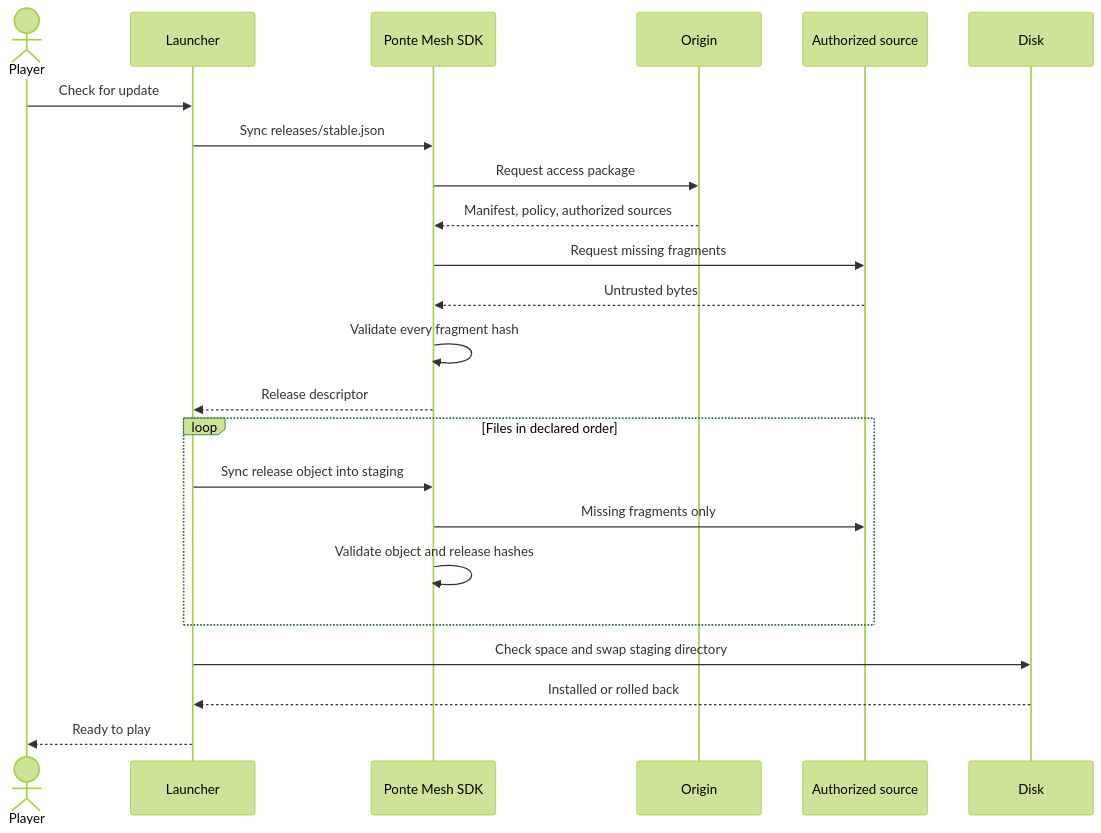
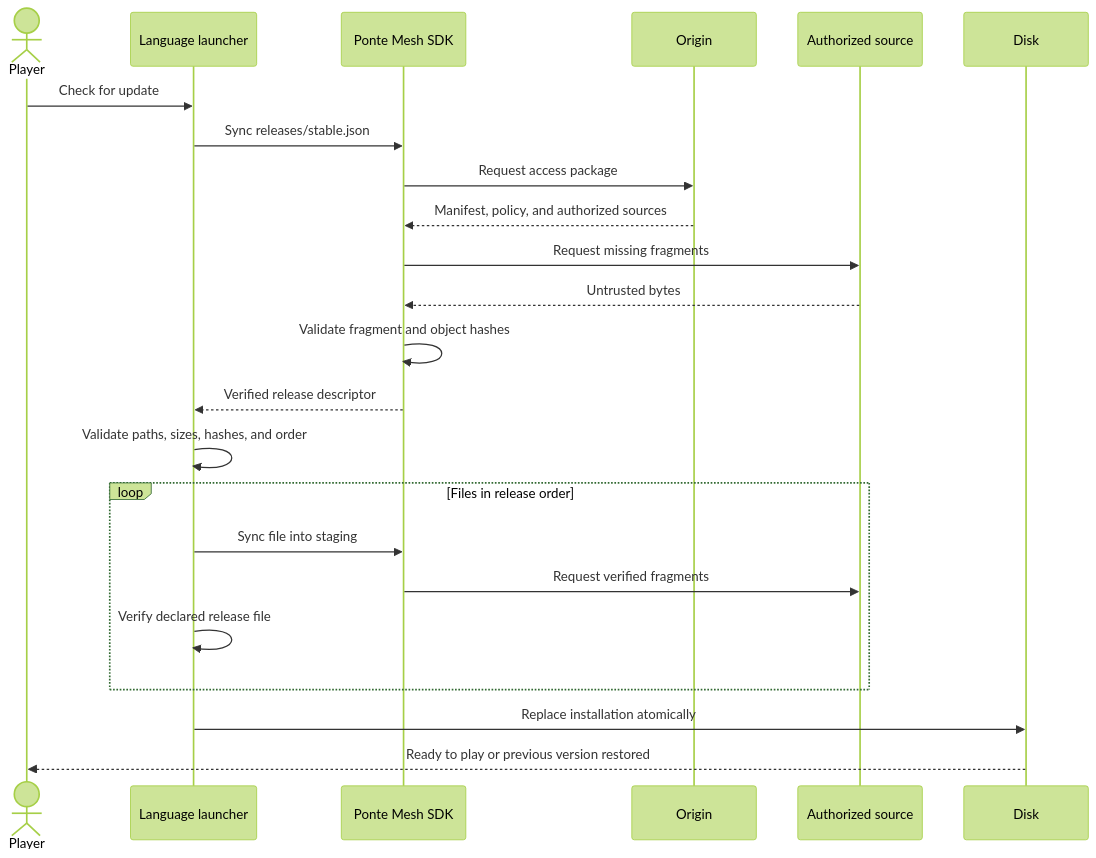
One commit to fhfelipefh/pontemesh-game-launcher-example changed the first of 2 diagrams in docs/HOW_IT_WORKS.md. Above: the diagram before and after it, drawn with Mermaid (forest theme). The commit also changed other lines of this file and 28 other files, not shown here.

First line of the commit message:
Add multi-language game launcher examples (#5)

````diff
--- a/docs/HOW_IT_WORKS.md
+++ b/docs/HOW_IT_WORKS.md
@@ -9,26 +6,26 @@
 ```mermaid
 sequenceDiagram
     actor Player
-    participant Launcher
+    participant Launcher as Language launcher
     participant SDK as Ponte Mesh SDK
     participant Origin
     participant Source as Authorized source
     participant Disk
 
     Player->>Launcher: Check for update
     Launcher->>SDK: Sync releases/stable.json
     SDK->>Origin: Request access package
-    Origin-->>SDK: Manifest, policy, authorized sources
+    Origin-->>SDK: Manifest, policy, and authorized sources
     SDK->>Source: Request missing fragments
     Source-->>SDK: Untrusted bytes
-    SDK->>SDK: Validate every fragment hash
-    SDK-->>Launcher: Release descriptor
-    loop Files in declared order
-        Launcher->>SDK: Sync release object into staging
-        SDK->>Source: Missing fragments only
-        SDK->>SDK: Validate object and release hashes
+    SDK->>SDK: Validate fragment and object hashes
+    SDK-->>Launcher: Verified release descriptor
+    Launcher->>Launcher: Validate paths, sizes, hashes, and order
+    loop Files in release order
+        Launcher->>SDK: Sync file into staging
+        SDK->>Source: Request verified fragments
+        Launcher->>Launcher: Verify declared release file
     end
-    Launcher->>Disk: Check space and swap staging directory
-    Disk-->>Launcher: Installed or rolled back
-    Launcher-->>Player: Ready to play
+    Launcher->>Disk: Replace installation atomically
+    Disk-->>Player: Ready to play or previous version restored
 ```
````
